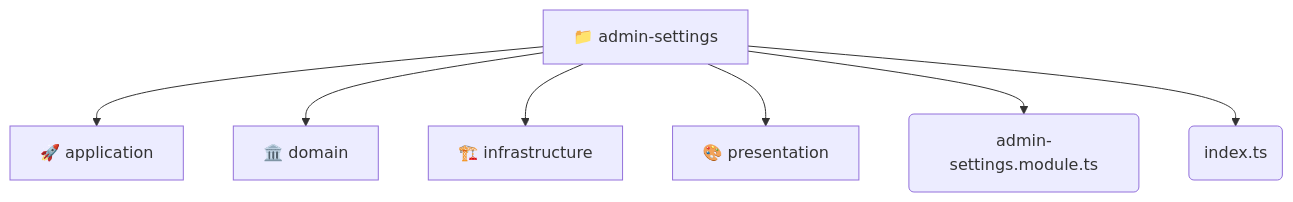
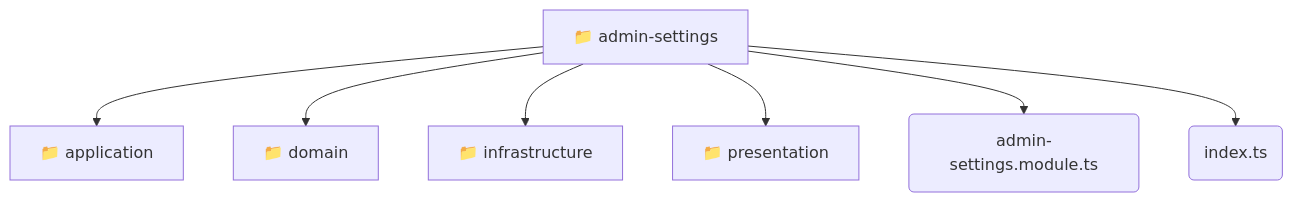
One commit to beginwebdev2002/fullstack-mavluda changed the diagram in backend/src/modules/admin-settings/README.md. Above: the diagram before and after it, drawn with Mermaid. The commit also changed other lines of this file and 155 other files, not shown here.

````diff
--- a/backend/src/modules/admin-settings/README.md
+++ b/backend/src/modules/admin-settings/README.md
@@ -9,10 +9,10 @@
 ```mermaid
 graph TD
-  admin-settings[📁 admin-settings]
-  admin-settings --> application[🚀 application]
-  admin-settings --> domain[🏛️ domain]
-  admin-settings --> infrastructure[🏗️ infrastructure]
-  admin-settings --> presentation[🎨 presentation]
-  admin-settings --> admin_settings_module_ts(admin-settings.module.ts)
-  admin-settings --> index_ts(index.ts)
+  admin_settings[📁 admin-settings]
+  admin_settings --> admin_settings_application[📁 application]
+  admin_settings --> admin_settings_domain[📁 domain]
+  admin_settings --> admin_settings_infrastructure[📁 infrastructure]
+  admin_settings --> admin_settings_presentation[📁 presentation]
+  admin_settings --> admin_settings_admin_settings_module_ts(admin-settings.module.ts)
+  admin_settings --> admin_settings_index_ts(index.ts)
 ```
````
